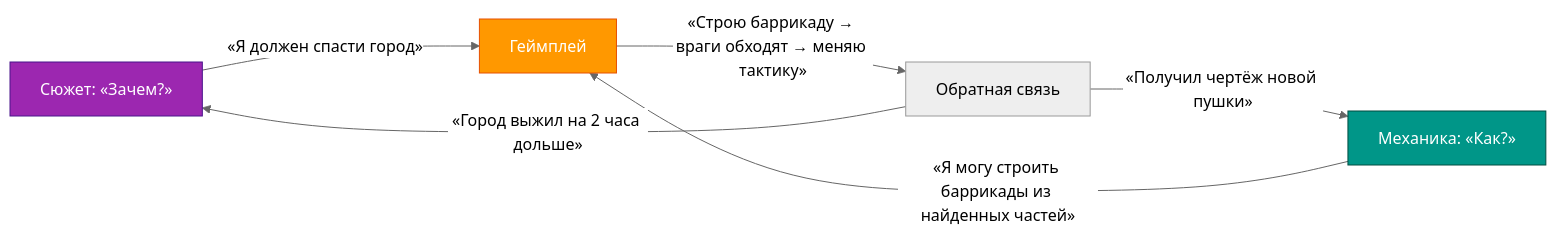
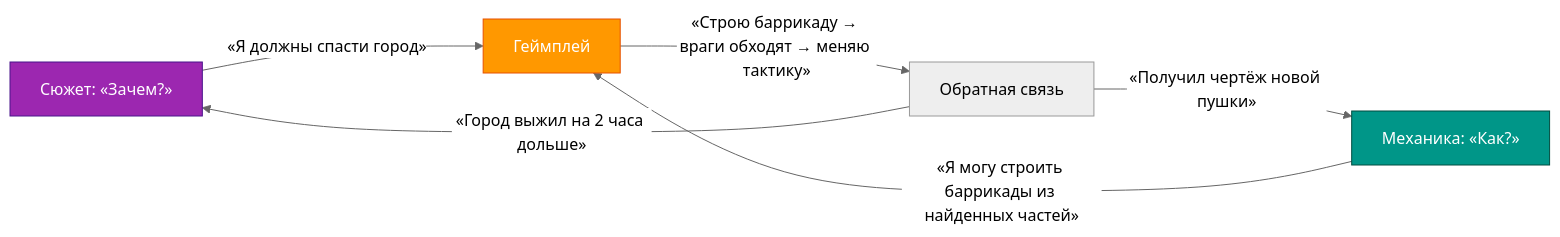
Before and after one commit to Spirzen/it-knowledge-base: the second of 2 diagrams in docs/encyclopedia/9-spinoff/9-11-dlya-detey/2-video-games/14.md, drawn with Mermaid (neutral theme). The commit also changed other lines of this file and 1180 other files, not shown here.

````diff
--- a/docs/encyclopedia/9-spinoff/9-11-dlya-detey/2-video-games/14.md
+++ b/docs/encyclopedia/9-spinoff/9-11-dlya-detey/2-video-games/14.md
@@ -174,15 +174,15 @@
 ```mermaid
 flowchart LR
-    S[Сюжет: «Зачем?»] -->|«Я должен спасти город»| G[Геймплей]
+    S[Сюжет: «Зачем?»] -->|«Я должны спасти город»| G[Геймплей]
     M[Механика: «Как?»] -->|«Я могу строить баррикады из найденных частей»| G
     G -->|«Строю баррикаду → враги обходят → меняю тактику»| F[Обратная связь]
     F -->|«Город выжил на 2 часа дольше»| S
     F -->|«Получил чертёж новой пушки»| M
 
     classDef story fill:#9C27B0,stroke:#4A148C,color:white;
     classDef mechanic fill:#009688,stroke:#004D40,color:white;
     classDef gameplay fill:#FF9800,stroke:#E65100,color:white;
     class S story;
     class M mechanic;
     class G gameplay;
 ```
````
